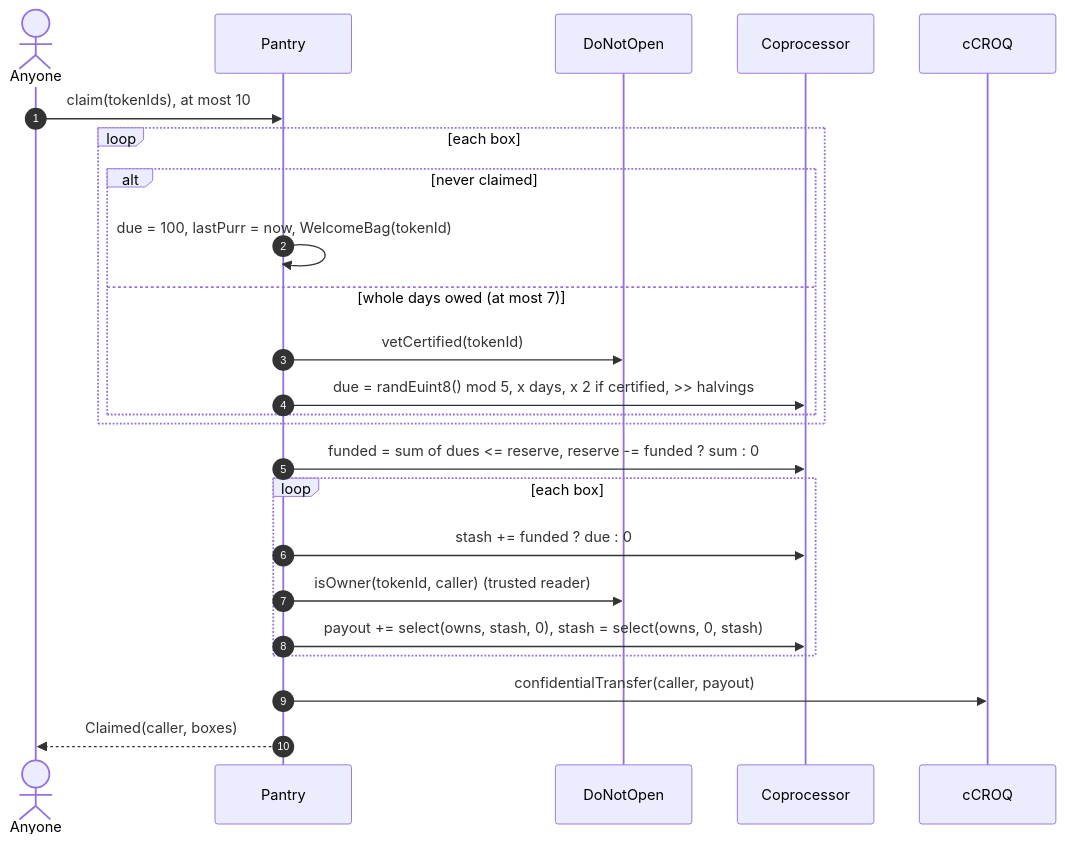
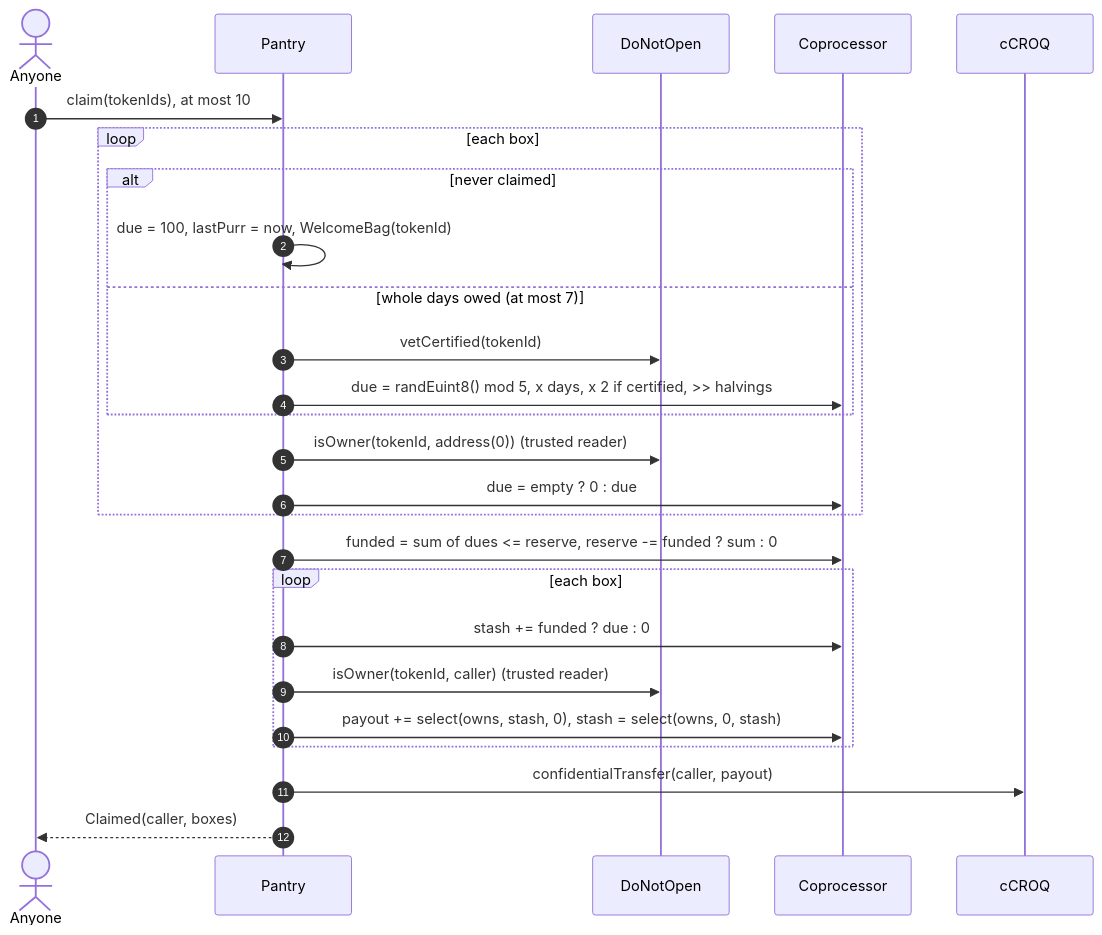
One commit to jecombe/do_not_open changed diagram 22 of 25 in docs/FLOWS.md. Above: the diagram before and after it, drawn with Mermaid. The commit also changed other lines of this file and 35 other files, not shown here.

````diff
--- a/docs/FLOWS.md
+++ b/docs/FLOWS.md
@@ -681,26 +690,28 @@
 ```mermaid
 sequenceDiagram
   autonumber
   actor H as Anyone
   participant Pa as Pantry
   participant B as DoNotOpen
   participant Co as Coprocessor
   participant W as cCROQ
   H->>Pa: claim(tokenIds), at most 10
   loop each box
     alt never claimed
       Pa->>Pa: due = 100, lastPurr = now, WelcomeBag(tokenId)
     else whole days owed (at most 7)
       Pa->>B: vetCertified(tokenId)
       Pa->>Co: due = randEuint8() mod 5, x days, x 2 if certified, >> halvings
     end
+    Pa->>B: isOwner(tokenId, address(0)) (trusted reader)
+    Pa->>Co: due = empty ? 0 : due
   end
   Pa->>Co: funded = sum of dues <= reserve, reserve -= funded ? sum : 0
   loop each box
     Pa->>Co: stash += funded ? due : 0
     Pa->>B: isOwner(tokenId, caller) (trusted reader)
     Pa->>Co: payout += select(owns, stash, 0), stash = select(owns, 0, stash)
   end
   Pa->>W: confidentialTransfer(caller, payout)
   Pa-->>H: Claimed(caller, boxes)
 ```
````
